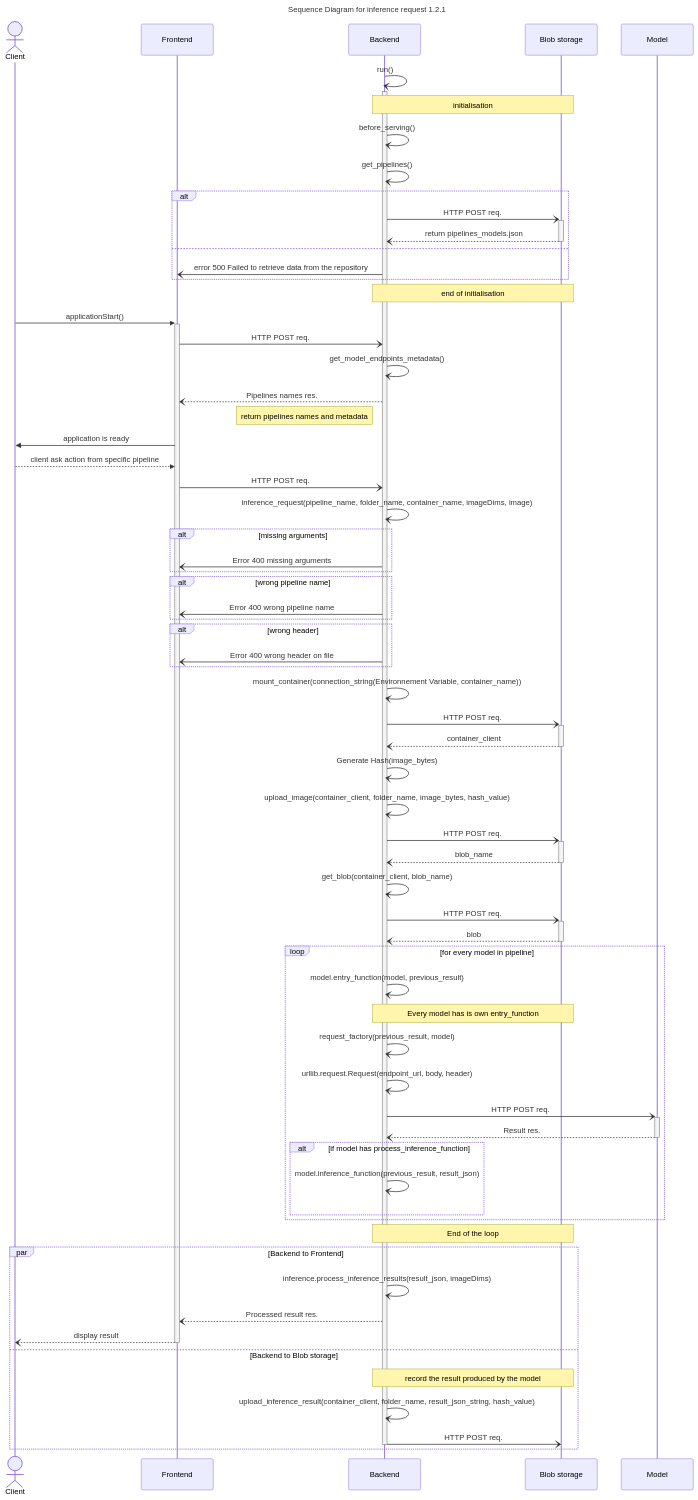
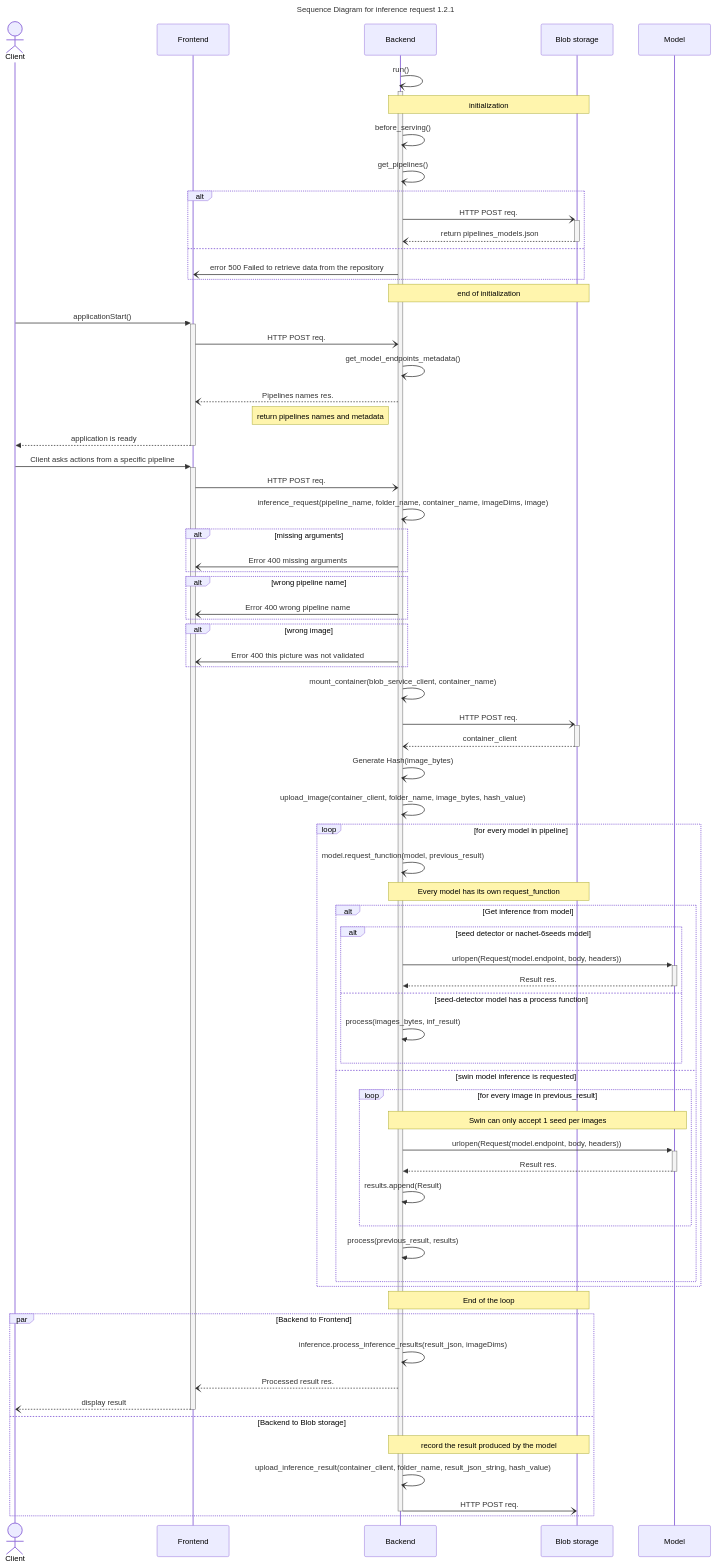
Before and after one commit to ai-cfia/nachet-backend: the second of 2 diagrams in docs/nachet-inference-documentation.md, drawn with Mermaid. The commit also changed other lines of this file and 1 other file, not shown here.

Commit message:
fixes #78: updates inference documentation

````diff
--- a/docs/nachet-inference-documentation.md
+++ b/docs/nachet-inference-documentation.md
@@ -62,77 +62,80 @@
 ```mermaid
 sequenceDiagram
-  title: Sequence Diagram for inference request 1.2.1
-    actor Client
-    participant Frontend
-    participant Backend
-    participant Blob storage
-    participant Model
+ title: Sequence Diagram for inference request 1.2.1
+  actor Client
+  participant Frontend
+  participant Backend
+  participant Blob storage
+  participant Model
 
-    Backend-)+Backend: run()
-    Note over Backend,Blob storage: initialisation
-    Backend-)Backend: before_serving()
-    Backend-)Backend: get_pipelines()
-    alt
-    Backend-)+Blob storage: HTTP POST req.
-    Blob storage--)-Backend: return pipelines_models.json
-    else
-    Backend-)Frontend: error 500 Failed to retrieve data from the repository
-    end
-    Note over Backend,Blob storage: end of initialisation
+  Backend-)+Backend: run()
+  Note over Backend, Blob storage: initialization
+  Backend-)Backend: before_serving()
+  Backend-)Backend: get_pipelines()
+  alt
+  Backend-)+Blob storage: HTTP POST req.
+  Blob storage--)-Backend: return pipelines_models.json
+  else
+  Backend-)Frontend: error 500 Failed to retrieve data from the repository
+  end
+  Note over Backend, Blob storage: end of initialization
 
-    Client->>+Frontend: applicationStart()
-    Frontend-)Backend: HTTP POST req.
-    Backend-)Backend: get_model_endpoints_metadata()
-    Backend--)Frontend: Pipelines names res.
-    Note left of Backend: return pipelines names and metadata
+  Client->>+Frontend: applicationStart()
+  Frontend-)Backend: HTTP POST req.
+  Backend-)Backend: get_model_endpoints_metadata()
+  Backend--)Frontend: Pipelines names res.
+  Note left of Backend: return pipelines names and metadata
 
-    Frontend->>Client: application is ready
-    Client-->>Frontend: client ask action from specific pipeline
-    Frontend-)Backend: HTTP POST req.
-    Backend-)Backend: inference_request(pipeline_name, folder_name, container_name, imageDims, image)
-    alt missing arguments
-    Backend-)Frontend: Error 400 missing arguments
-    end
-    alt wrong pipeline name
-    Backend-)Frontend: Error 400 wrong pipeline name
-    end
-    alt wrong header
-    Backend-)Frontend: Error 400 wrong header on file
-    end
+  Frontend-->>-Client: application is ready
+  Client->>+Frontend: Client asks actions from a specific pipeline
+  Frontend-)Backend: HTTP POST req.
+  Backend-)Backend: inference_request(pipeline_name, folder_name, container_name, imageDims, image)
+  alt missing arguments
+  Backend-)Frontend: Error 400 missing arguments
+  end
+  alt wrong pipeline name
+  Backend-)Frontend: Error 400 wrong pipeline name
+  end
+  alt wrong image
+  Backend-)Frontend: Error 400 this picture was not validated
+  end
 
-    Backend-)Backend: mount_container(connection_string(Environnement Variable, container_name))
-    Backend-)+Blob storage: HTTP POST req.
-    Blob storage--)-Backend: container_client
+  Backend-)Backend: mount_container(blob_service_client, container_name)
+  Backend-)+Blob storage: HTTP POST req.
+  Blob storage--)-Backend: container_client
 
-    Backend-)Backend: Generate Hash(image_bytes)
+  Backend-)Backend: Generate Hash(image_bytes)
 
-    Backend-)Backend: upload_image(container_client, folder_name, image_bytes, hash_value)
-    Backend-)+Blob storage: HTTP POST req.
-    Blob storage--)-Backend: blob_name
+  Backend-)Backend: upload_image(container_client, folder_name, image_bytes, hash_value)
 
-    Backend-)Backend: get_blob(container_client, blob_name)
-    Backend-)+Blob storage: HTTP POST req.
-    Blob storage--)-Backend: blob
-
-    loop for every model in pipeline
-        Backend-)Backend: model.entry_function(model, previous_result)
-        note over Backend, Blob storage: Every model has is own entry_function
-        Backend-)Backend: request_factory(previous_result, model)
-        Backend-)Backend: urllib.request.Request(endpoint_url, body, header)
-        Backend-)+Model: HTTP POST req.
-        Model--)-Backend: Result res.
-        alt if model has process_inference_function
-            Backend-) Backend: model.inference_function(previous_result, result_json)
-        end
-    end
-    note over Backend, Blob storage: End of the loop
-    par Backend to Frontend
-        Backend-)Backend: inference.process_inference_results(result_json, imageDims)
-        Backend--)Frontend: Processed result res.
-        Frontend--)-Client: display result
-    and Backend to Blob storage
-        note over Backend, Blob storage: record the result produced by the model
-        Backend-)Backend: upload_inference_result(container_client, folder_name, result_json_string, hash_value)
-        Backend-)-Blob storage: HTTP POST req.
-    end
+  loop for every model in pipeline
+    Backend-)Backend: model.request_function(model, previous_result)
+    note over Backend, Blob storage: Every model has its own request_function
+    alt Get inference from model
+      alt seed detector or nachet-6seeds model
+        Backend->>+Model: urlopen(Request(model.endpoint, body, headers))
+        Model-->>-Backend: Result res.
+      else seed-detector model has a process function
+        Backend->>Backend: process(images_bytes, inf_result)
+      end
+    else swin model inference is requested
+      loop for every image in previous_result
+        note over Backend, Model: Swin can only accept 1 seed per images
+        Backend->>+Model: urlopen(Request(model.endpoint, body, headers))
+        Model-->>-Backend: Result res.
+        Backend->>Backend: results.append(Result)
+      end
+      Backend->>Backend: process(previous_result, results)
+    end
+  end
+  note over Backend, Blob storage: End of the loop
+  par Backend to Frontend
+    Backend-)Backend: inference.process_inference_results(result_json, imageDims)
+    Backend--)Frontend: Processed result res.
+    Frontend--)-Client: display result
+  and Backend to Blob storage
+    note over Backend, Blob storage: record the result produced by the model
+    Backend-)Backend: upload_inference_result(container_client, folder_name, result_json_string, hash_value)
+    Backend-)-Blob storage: HTTP POST req.
+  end
 ```
````
